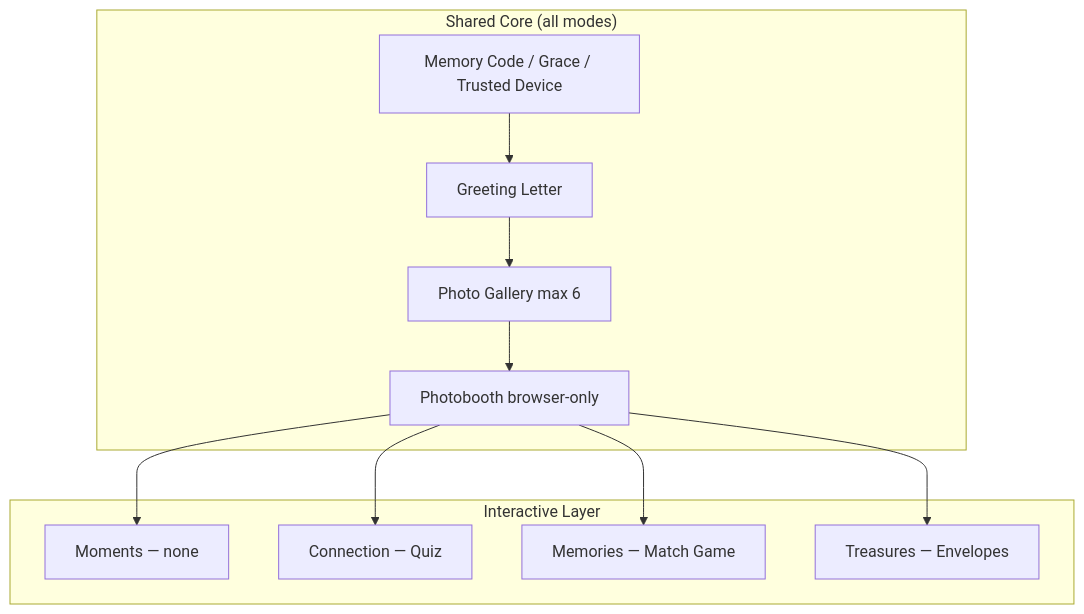
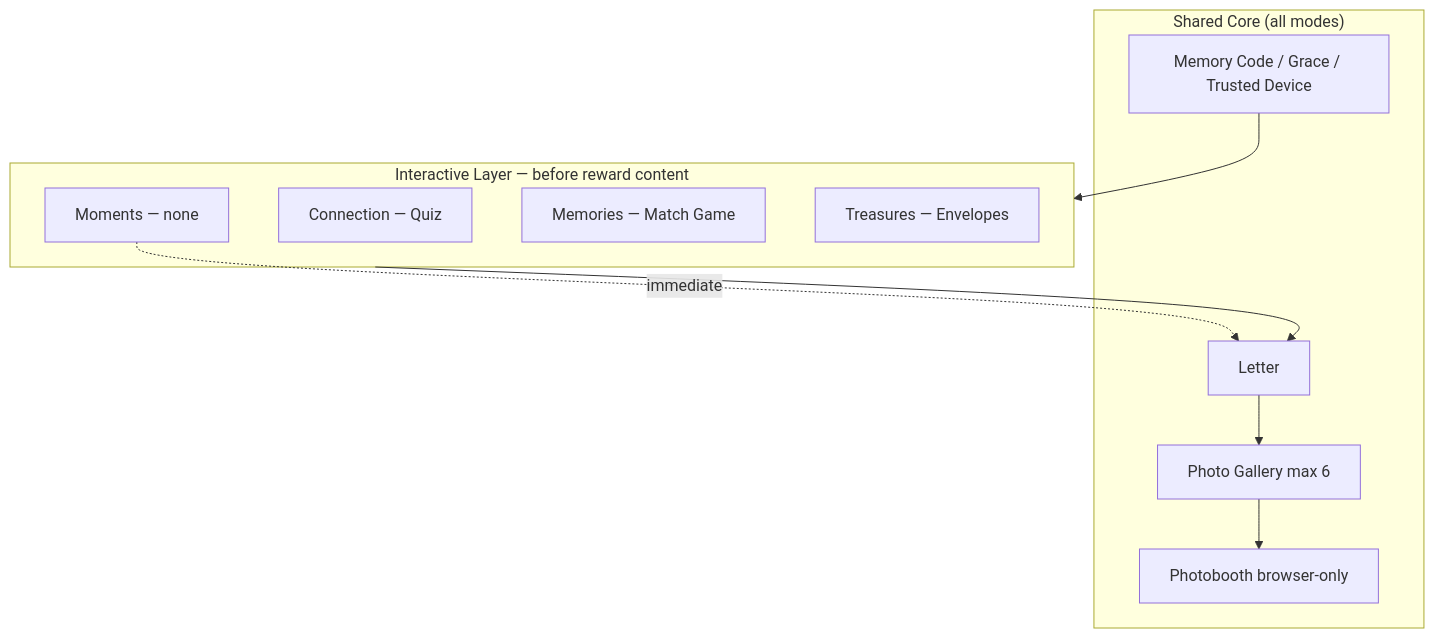
The first of 5 diagrams in docs/08_EXPERIENCE_MODES.md (vinoslwly/celebrate-florist), drawn with Mermaid before and after one commit. The commit also changed other lines of this file and 118 other files, not shown here.

````diff
--- a/docs/08_EXPERIENCE_MODES.md
+++ b/docs/08_EXPERIENCE_MODES.md
@@ -31,22 +41,20 @@
 ```mermaid
 flowchart TB
     subgraph Core["Shared Core (all modes)"]
         MC[Memory Code / Grace / Trusted Device]
-        LT[Greeting Letter]
+        LT[Letter]
         GL[Photo Gallery max 6]
         PB[Photobooth browser-only]
     end
 
-    subgraph Modes["Interactive Layer"]
+    subgraph Modes["Interactive Layer — before reward content"]
         MO[Moments — none]
         CO[Connection — Quiz]
         ME[Memories — Match Game]
         TR[Treasures — Envelopes]
     end
 
-    MC --> LT --> GL --> PB
-    PB --> MO
-    PB --> CO
-    PB --> ME
-    PB --> TR
+    MC --> Modes
+    Modes --> LT --> GL --> PB
+    MO -.->|immediate| LT
 ```
````
